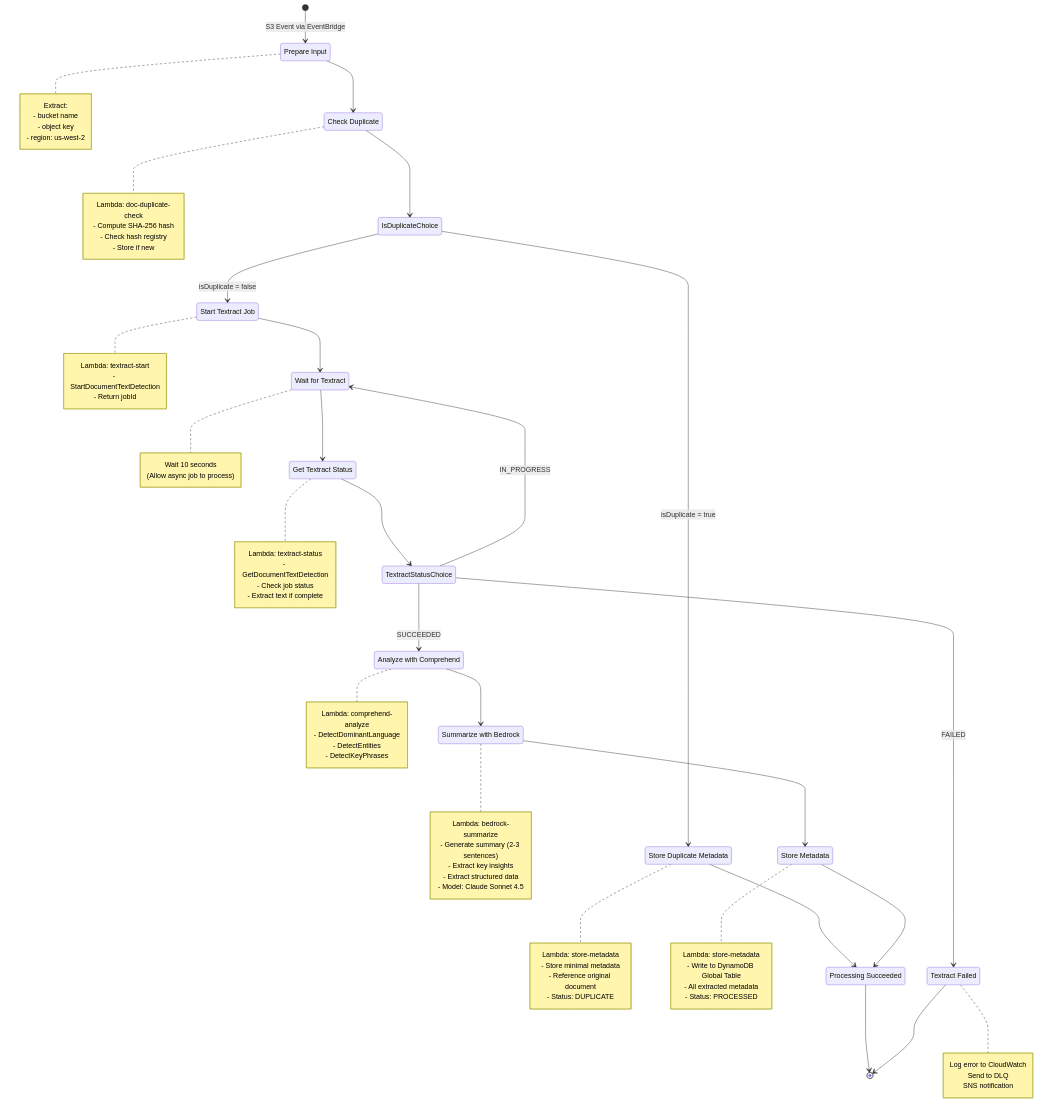
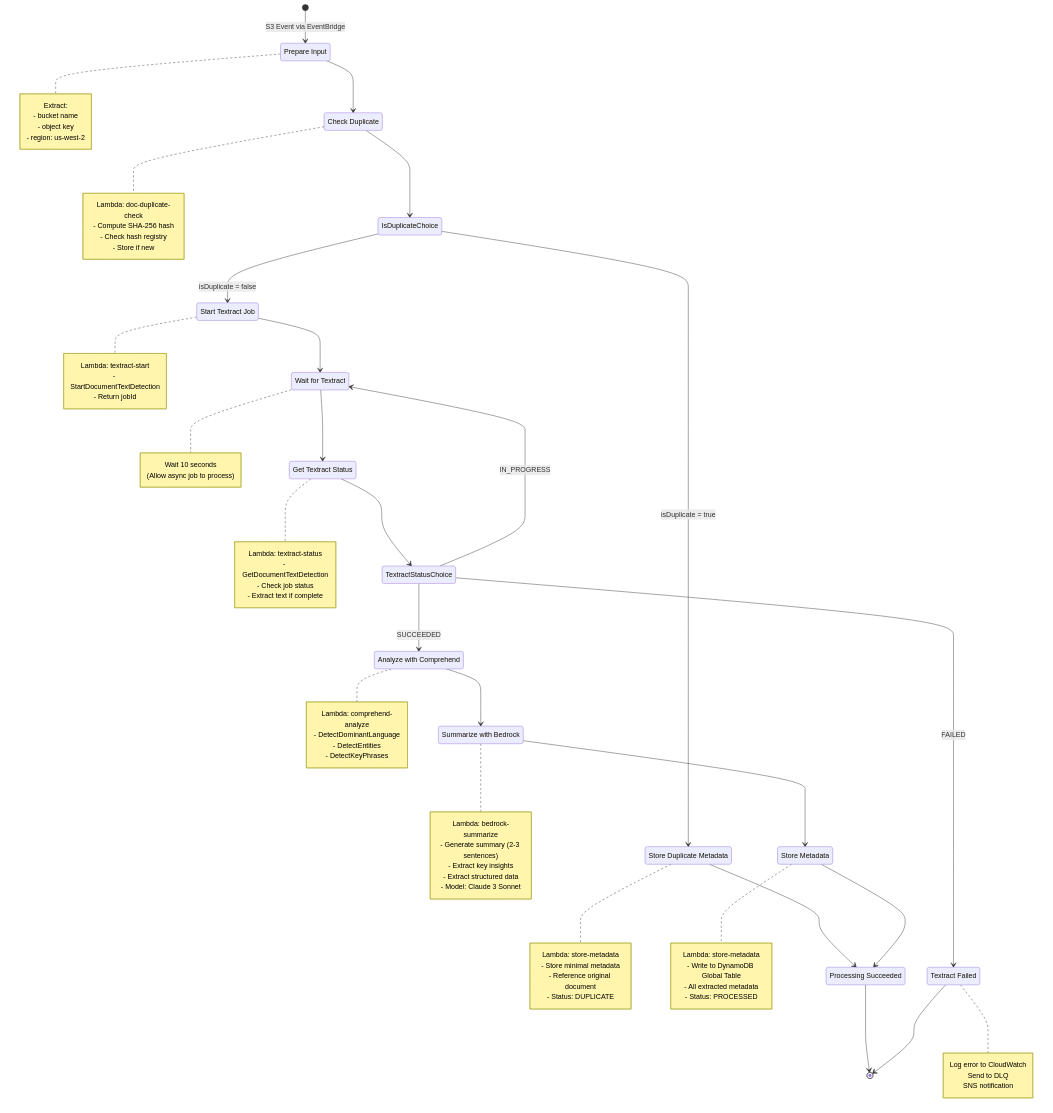
One commit to annabook21/IntelligentDoc_Processor changed the third of 13 diagrams in ARCHITECTURE.md. Above: the diagram before and after it, drawn with Mermaid. The commit also changed other lines of this file and 3 other files, not shown here.

First line of the commit message:
Fix: Revert to correct Bedrock model - Claude 3 Sonnet (not 4.5)

```diff
--- a/ARCHITECTURE.md
+++ b/ARCHITECTURE.md
@@ -352,7 +352,7 @@
         - Generate summary (2-3 sentences)
         - Extract key insights
         - Extract structured data
-        - Model: Claude Sonnet 4.5
+        - Model: Claude 3 Sonnet
     end note
 
     SummarizeBedrock --> StoreMetadata
```
